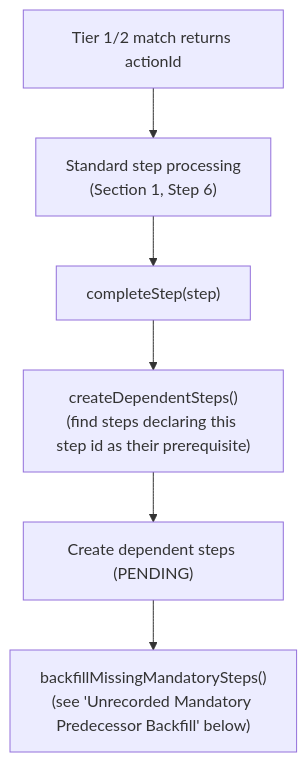
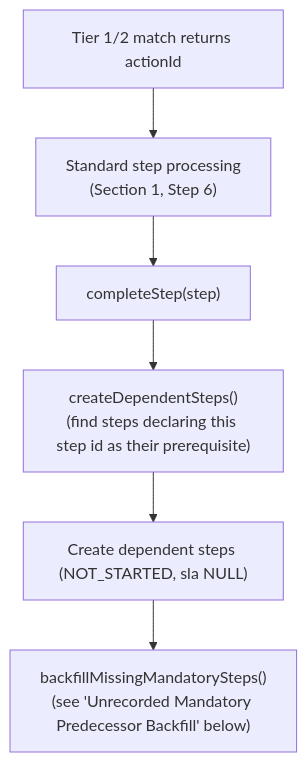
Before and after one commit to Jayaprakash8887/cce-matcher-service: the ninth of 11 diagrams in docs/flow-diagrams.md, drawn with Mermaid. The commit also changed other lines of this file and 28 other files, not shown here.

````diff
--- a/docs/flow-diagrams.md
+++ b/docs/flow-diagrams.md
@@ -448,8 +445,8 @@
 ```mermaid
 flowchart TD
     MATCH["Tier 1/2 match returns actionId"] --> NORMAL["Standard step processing<br/>(Section 1, Step 6)"]
     NORMAL --> COMPLETE["completeStep(step)"]
     COMPLETE --> DEPS["createDependentSteps()<br/>(find steps declaring this step id as their prerequisite)"]
-    DEPS --> CREATED["Create dependent steps (PENDING)"]
+    DEPS --> CREATED["Create dependent steps (NOT_STARTED, sla NULL)"]
     CREATED --> BACKFILL["backfillMissingMandatorySteps()<br/>(see 'Unrecorded Mandatory Predecessor Backfill' below)"]
 ```
````
